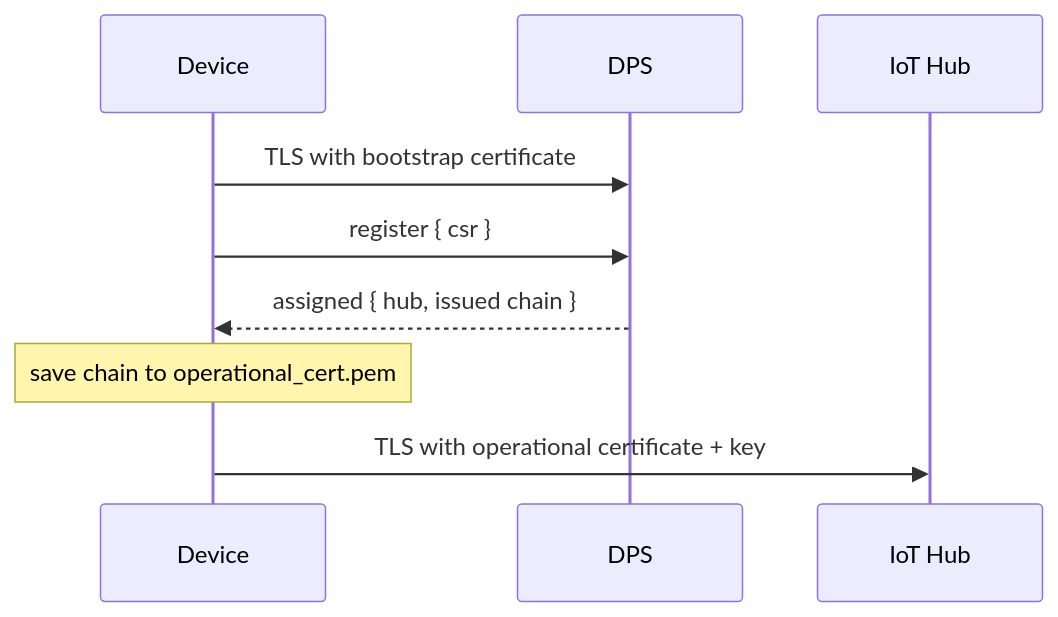
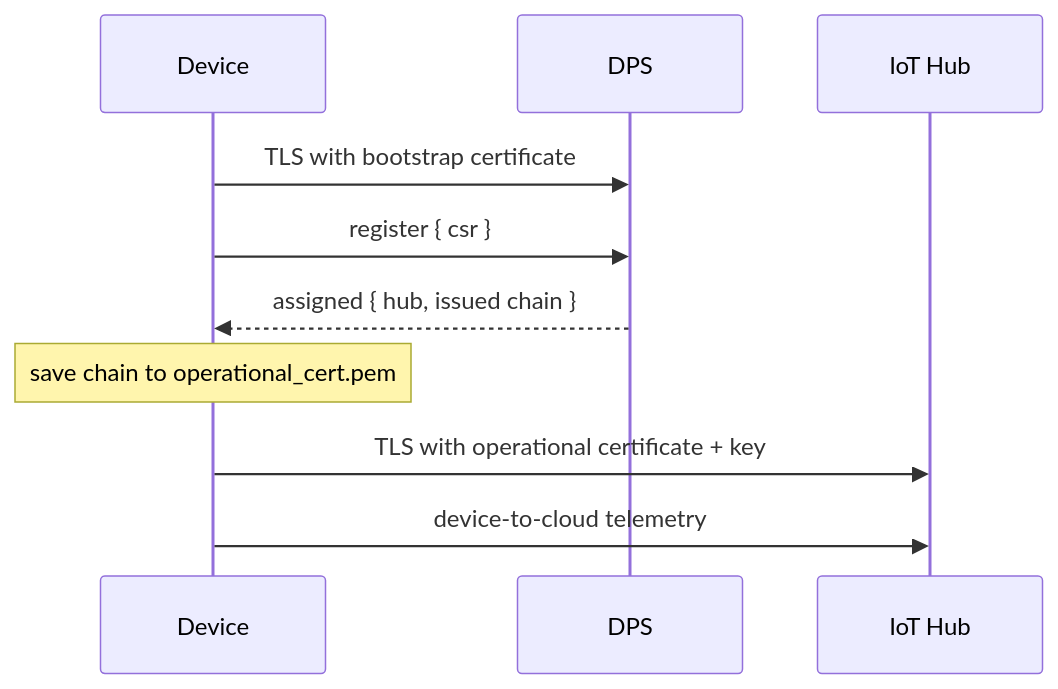
The diagram in c/samples/authentication/dps_csr_managed/README.md (Azure/azure-iot-sdk), drawn with Mermaid before and after one commit. The commit also changed other lines of this file and 4 other files, not shown here.

````diff
--- a/c/samples/authentication/dps_csr_managed/README.md
+++ b/c/samples/authentication/dps_csr_managed/README.md
@@ -11,11 +11,12 @@
 ```mermaid
 sequenceDiagram
     participant D as Device
     participant DPS
     participant Hub as IoT Hub
     D->>DPS: TLS with bootstrap certificate
     D->>DPS: register { csr }
     DPS-->>D: assigned { hub, issued chain }
     Note over D: save chain to operational_cert.pem
     D->>Hub: TLS with operational certificate + key
+    D->>Hub: device-to-cloud telemetry
 ```
````
